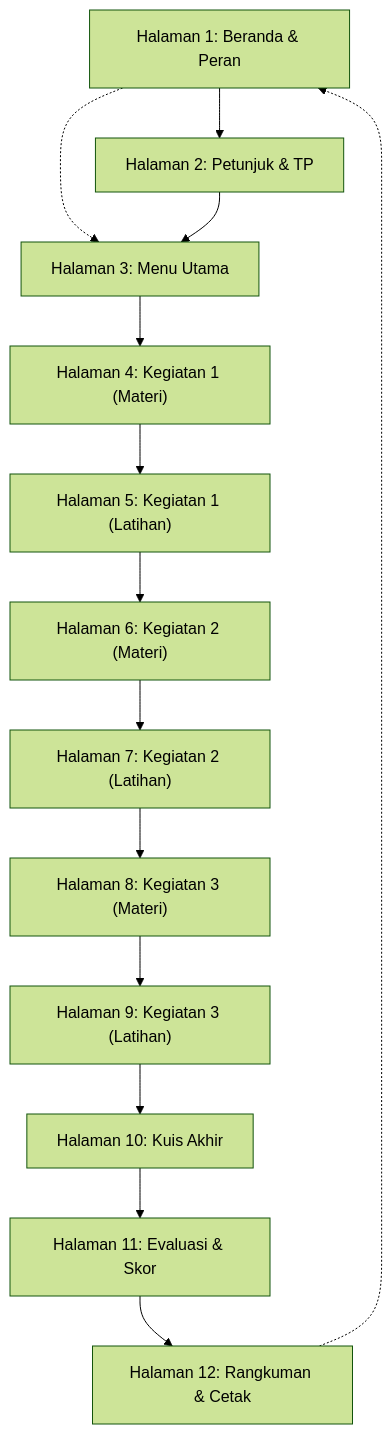
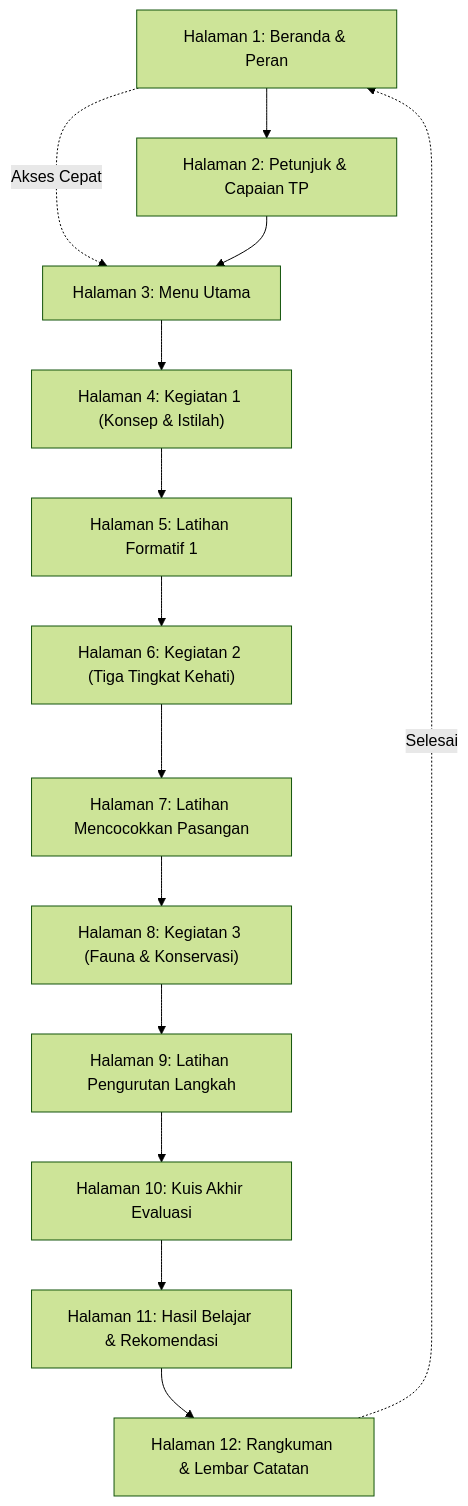
One commit to Nurun05/Website_multimedia-pembelajaran changed the second of 4 diagrams in LAPORAN_PENGEMBANGAN_MULTIMEDIA.md. Above: the diagram before and after it, drawn with Mermaid (forest theme). The commit also changed other lines of this file and 2 other files, not shown here.

````diff
--- a/LAPORAN_PENGEMBANGAN_MULTIMEDIA.md
+++ b/LAPORAN_PENGEMBANGAN_MULTIMEDIA.md
@@ -406,16 +345,16 @@
 ```mermaid
 graph TD
-    P1["Halaman 1: Beranda & Peran"] --> P2["Halaman 2: Petunjuk & TP"]
-    P1 -.-> P3["Halaman 3: Menu Utama"]
-    P2 --> P3
-    P3 --> P4["Halaman 4: Kegiatan 1 (Materi)"]
-    P4 --> P5["Halaman 5: Kegiatan 1 (Latihan)"]
-    P5 --> P6["Halaman 6: Kegiatan 2 (Materi)"]
-    P6 --> P7["Halaman 7: Kegiatan 2 (Latihan)"]
-    P7 --> P8["Halaman 8: Kegiatan 3 (Materi)"]
-    P8 --> P9["Halaman 9: Kegiatan 3 (Latihan)"]
-    P9 --> P10["Halaman 10: Kuis Akhir"]
-    P10 --> P11["Halaman 11: Evaluasi & Skor"]
-    P11 --> P12["Halaman 12: Rangkuman & Cetak"]
-    P12 -.-> P1
+    M1["Halaman 1: Beranda & Peran"] --> M2["Halaman 2: Petunjuk & Capaian TP"]
+    M1 -. Akses Cepat .-> M3["Halaman 3: Menu Utama"]
+    M2 --> M3
+    M3 --> M4["Halaman 4: Kegiatan 1 (Konsep & Istilah)"]
+    M4 --> M5["Halaman 5: Latihan Formatif 1"]
+    M5 --> M6["Halaman 6: Kegiatan 2 (Tiga Tingkat Kehati)"]
+    M6 --> M7["Halaman 7: Latihan Mencocokkan Pasangan"]
+    M7 --> M8["Halaman 8: Kegiatan 3 (Fauna & Konservasi)"]
+    M8 --> M9["Halaman 9: Latihan Pengurutan Langkah"]
+    M9 --> M10["Halaman 10: Kuis Akhir Evaluasi"]
+    M10 --> M11["Halaman 11: Hasil Belajar & Rekomendasi"]
+    M11 --> M12["Halaman 12: Rangkuman & Lembar Catatan"]
+    M12 -. Selesai .-> M1
 ```
````
